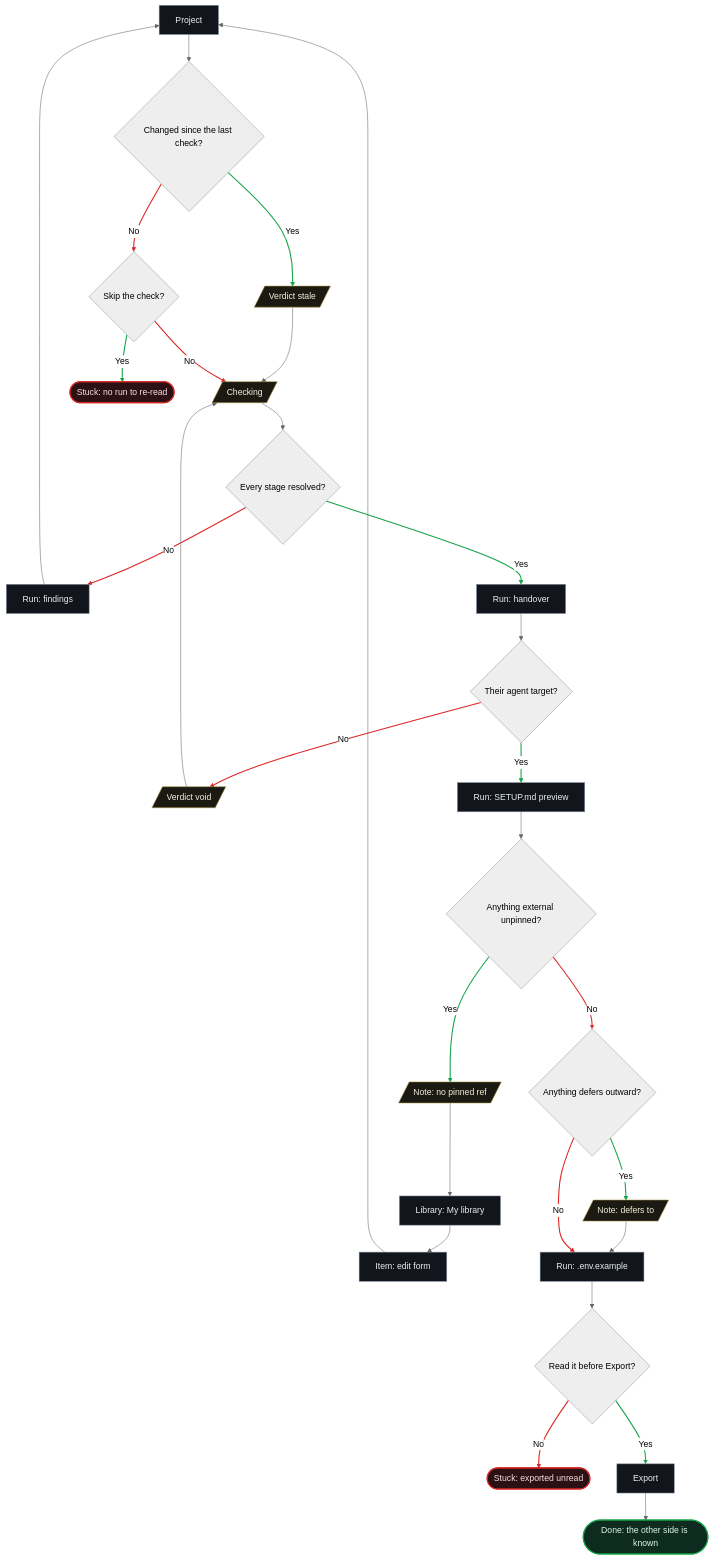
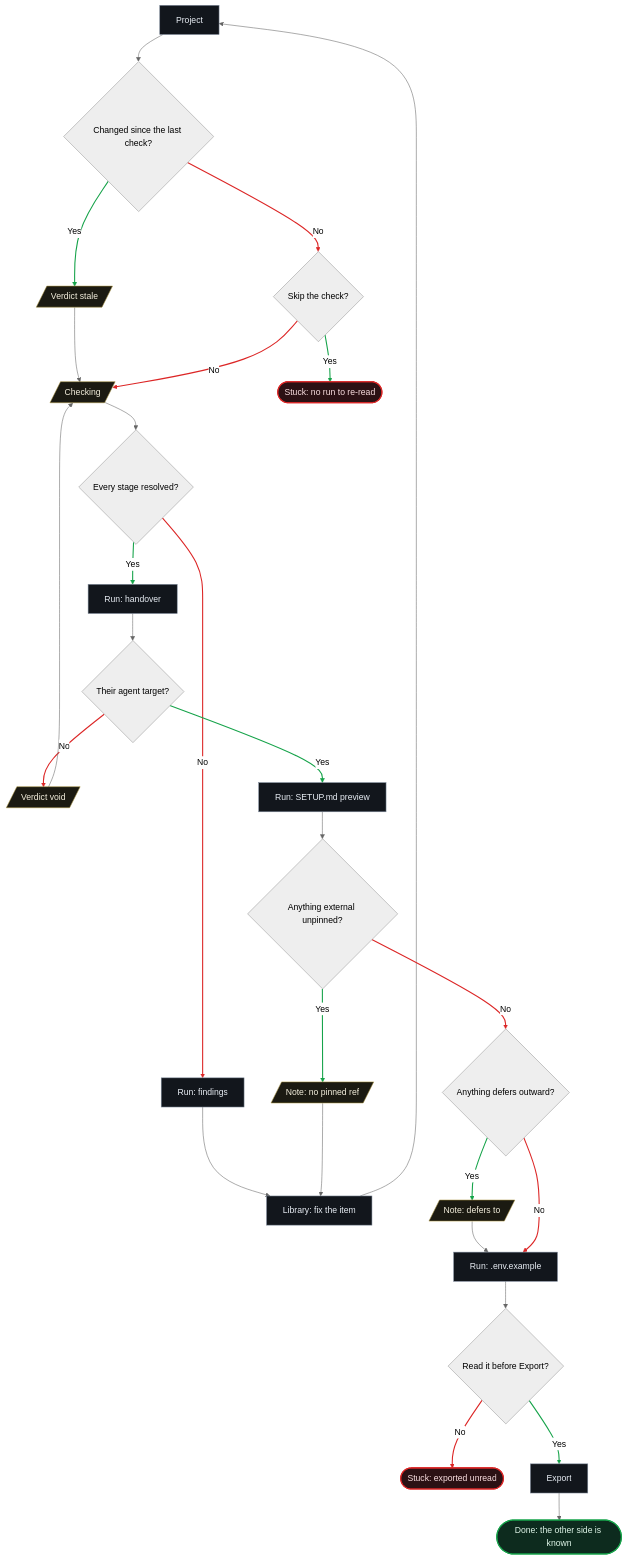
One commit to RomanUserExpert/ai-stack-builder changed the second of 6 diagrams in 03-information-architecture/flows.md. Above: the diagram before and after it, drawn with Mermaid (neutral theme). The commit also changed other lines of this file, not shown here.

````diff
--- a/03-information-architecture/flows.md
+++ b/03-information-architecture/flows.md
@@ -130,40 +139,39 @@
 ```mermaid
 flowchart TD
     A["Project"] --> B{"Changed since the last check?"}
     B -->|"Yes"| C[/"Verdict stale"/]
     C --> D[/"Checking"/]
     B -->|"No"| E{"Skip the check?"}
     E -->|"Yes"| F(["Stuck: no run to re-read"])
     E -->|"No"| D
     D --> G{"Every stage resolved?"}
     G -->|"No"| H["Run: findings"]
-    H --> A
+    H --> Z["Library: fix the item"]
+    Z --> A
     G -->|"Yes"| I["Run: handover"]
     I --> J{"Their agent target?"}
     J -->|"No"| K[/"Verdict void"/]
     K --> D
     J -->|"Yes"| L["Run: SETUP.md preview"]
     L --> M{"Anything external unpinned?"}
     M -->|"Yes"| N[/"Note: no pinned ref"/]
-    N --> O["Library: My library"]
-    O --> P["Item: edit form"]
-    P --> A
+    N --> Z
     M -->|"No"| Q{"Anything defers outward?"}
     Q -->|"Yes"| R[/"Note: defers to"/]
     R --> S["Run: .env.example"]
     Q -->|"No"| S
     S --> T{"Read it before Export?"}
     T -->|"No"| U(["Stuck: exported unread"])
     T -->|"Yes"| V["Export"]
     V --> W(["Done: the other side is known"])
     classDef screen fill:#12161c,stroke:#7c8899,stroke-width:1px,color:#e8edf4
     classDef state fill:#1b1a12,stroke:#a8913f,stroke-width:1px,color:#f4efdd
     classDef win fill:#0d2b1e,stroke:#16a34a,stroke-width:2px,color:#dff5e8
     classDef dead fill:#2b1114,stroke:#dc2626,stroke-width:2px,color:#fadfe1
-    linkStyle 1,4,9,13,15,20,25 stroke:#16a34a,stroke-width:2px
-    linkStyle 3,5,7,11,19,22,24 stroke:#dc2626,stroke-width:2px
-    class A,H,I,L,O,P,S,V screen
+    linkStyle 1,4,10,14,16,19,24 stroke:#16a34a,stroke-width:2px
+    linkStyle 3,5,7,12,18,21,23 stroke:#dc2626,stroke-width:2px
+    class A,H,I,L,S,V,Z screen
     class C,D,K,N,R state
     class W win
     class F,U dead
 ```
````
